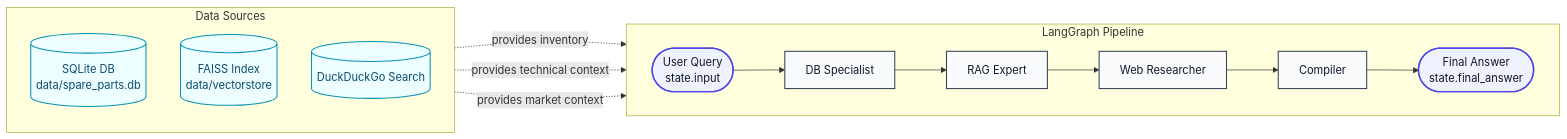
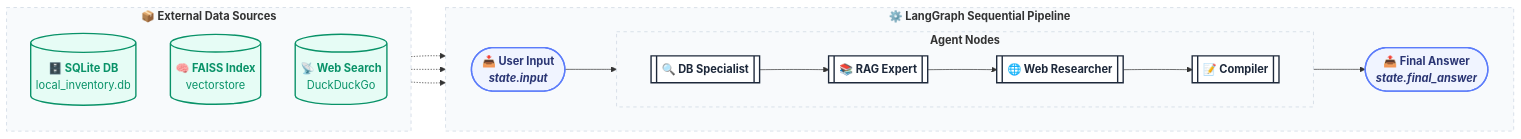
Before and after one commit to henrriy141/agent_car_spare_parts: the diagram in README.md, drawn with Mermaid.

Commit message:
Enhance flowchart in README.md for improved clarity and visual appeal of LangGraph pipeline and data sources

````diff
--- a/README.md
+++ b/README.md
@@ -57,33 +57,49 @@
 ```mermaid
 flowchart LR
-  %% Main execution lane
-  subgraph PIPELINE[LangGraph Pipeline]
-    direction LR
-    A([User Query\nstate.input]) --> B[DB Specialist]
-    B --> C[RAG Expert]
-    C --> D[Web Researcher]
-    D --> E[Compiler]
-    E --> F([Final Answer\nstate.final_answer])
-  end
+    %% Main execution lane
+    subgraph PIPELINE [<b>⚙️ LangGraph Sequential Pipeline</b>]
+        direction LR
+        A([<b>📥 User Input</b><br/><i>state.input</i>]) 
+        
+        subgraph AGENTS [<b>Agent Nodes</b>]
+            direction LR
+            B[[<b>🔍 DB Specialist</b>]]
+            C[[<b>📚 RAG Expert</b>]]
+            D[[<b>🌐 Web Researcher</b>]]
+            E[[<b>📝 Compiler</b>]]
+        end
+        
+        F([<b>📤 Final Answer</b><br/><i>state.final_answer</i>])
+    end
 
-  %% External sources
-  subgraph SOURCES[Data Sources]
-    direction TB
-    G[(SQLite DB\ndata/spare_parts.db)]
-    H[(FAISS Index\ndata/vectorstore)]
-    I[(DuckDuckGo Search)]
-  end
+    %% External sources
+    subgraph SOURCES [<b>📦 External Data Sources</b>]
+        direction TB
+        G[(<b>🗄️ SQLite DB</b><br/>local_inventory.db)]
+        H[(<b>🧠 FAISS Index</b><br/>vectorstore)]
+        I[(<b>📡 Web Search</b><br/>DuckDuckGo)]
+    end
 
-  G -. provides inventory .-> B
-  H -. provides technical context .-> C
-  I -. provides market context .-> D
+    %% Flow Connections
+    A --> B
+    B --> C
+    C --> D
+    D --> E
+    E --> F
 
-  %% Visual styles
-  classDef io fill:#EEF2FF,stroke:#4F46E5,stroke-width:2px,color:#111827;
-  classDef agents fill:#F8FAFC,stroke:#334155,stroke-width:1.5px,color:#0F172A;
-  classDef sources fill:#ECFEFF,stroke:#0891B2,stroke-width:1.5px,color:#0C4A6E;
+    %% Source Connections
+    G -.-> B
+    H -.-> C
+    I -.-> D
 
-  class A,F io;
-  class B,C,D,E agents;
-  class G,H,I sources;
+    %% Visual styles
+    classDef io fill:#f0f4ff,stroke:#5c7cfa,stroke-width:2px,color:#2b3674,font-weight:bold;
+    classDef agents fill:#ffffff,stroke:#1e293b,stroke-width:2px,color:#1e293b;
+    classDef sources fill:#e6fcf5,stroke:#099268,stroke-width:2px,color:#099268;
+    classDef subGraphStyle fill:#f8fafc,stroke:#cbd5e1,stroke-dasharray: 5 5;
+
+    class A,F io;
+    class B,C,D,E agents;
+    class G,H,I sources;
+    class PIPELINE,SOURCES,AGENTS subGraphStyle;
 ```
````
